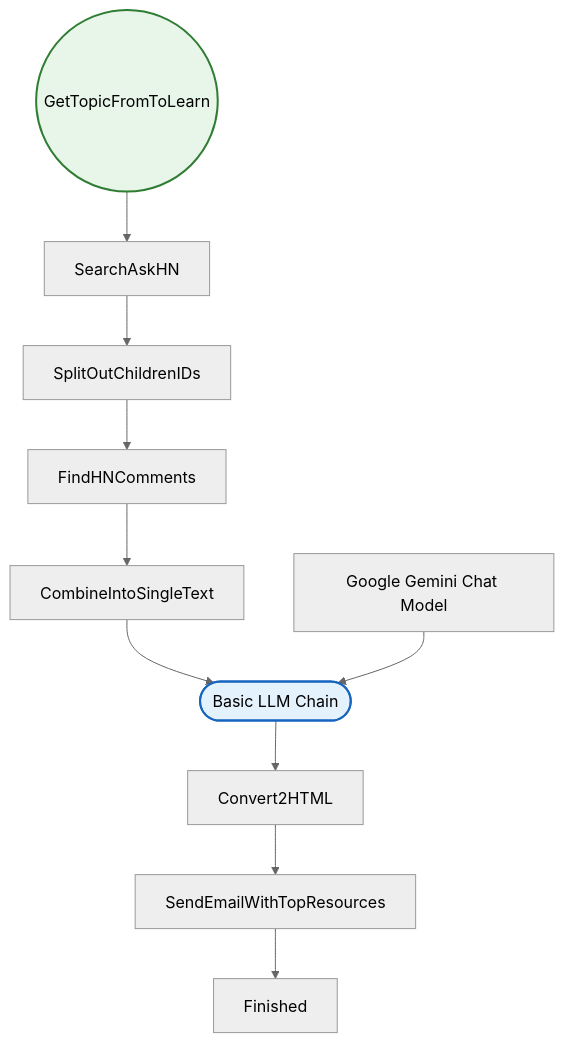
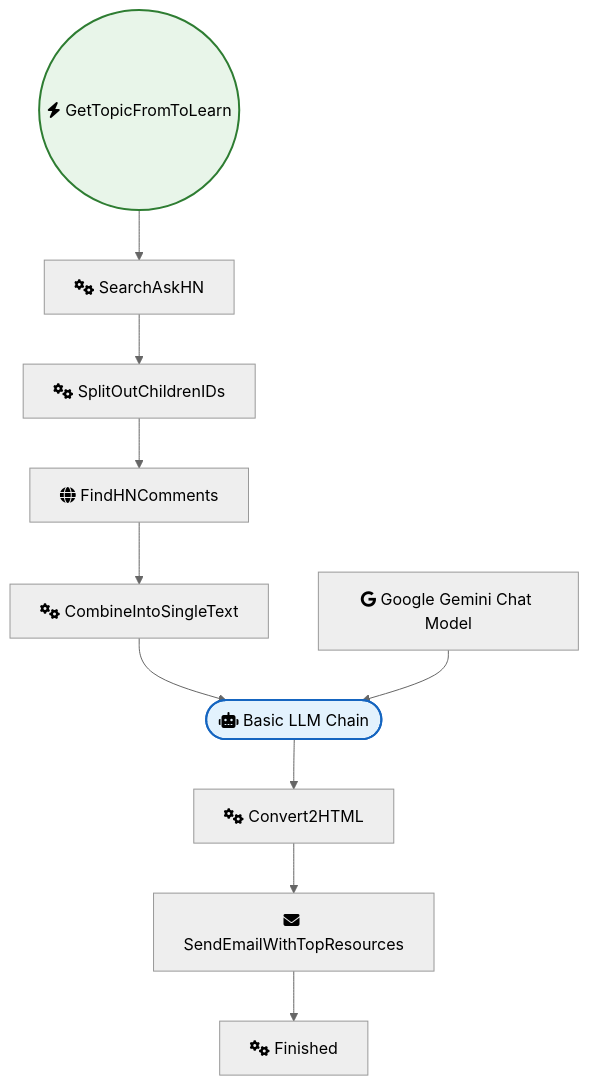
Before and after one commit to sreyash3105/N8N-DEMO-AUTOMATIONS: the diagram in AI_Research_RAG_and_Data_Analysis/Learn Anything from HN - Get Top Resource Recommendations from Hacker News.md, drawn with Mermaid (neutral theme). The commit also changed 291 other files, not shown here.

````diff
--- a/AI_Research_RAG_and_Data_Analysis/Learn Anything from HN - Get Top Resource Recommendations from Hacker News.md
+++ b/AI_Research_RAG_and_Data_Analysis/Learn Anything from HN - Get Top Resource Recommendations from Hacker News.md
@@ -1,27 +1,27 @@
 ```mermaid
 graph TD
     classDef trigger fill:#e8f5e9,stroke:#2e7d32,stroke-width:2px;
     classDef ai fill:#e3f2fd,stroke:#1565c0,stroke-width:2px;
     classDef logic fill:#fff3e0,stroke:#ef6c00,stroke-width:2px;
 
-    Google_Gemini_Chat_Model["Google Gemini Chat Model"]
-    Basic_LLM_Chain(["Basic LLM Chain"]):::ai
-    SearchAskHN["SearchAskHN"]
-    FindHNComments["FindHNComments"]
-    CombineIntoSingleText["CombineIntoSingleText"]
-    SplitOutChildrenIDs["SplitOutChildrenIDs"]
-    GetTopicFromToLearn(("GetTopicFromToLearn")):::trigger
-    SendEmailWithTopResources["SendEmailWithTopResources"]
-    Convert2HTML["Convert2HTML"]
-    Finished["Finished"]
+    Google_Gemini_Chat_Model["fab:fa-google Google Gemini Chat Model"]
+    Basic_LLM_Chain(["fas:fa-robot Basic LLM Chain"]):::ai
+    SearchAskHN["fas:fa-cogs SearchAskHN"]
+    FindHNComments["fas:fa-globe FindHNComments"]
+    CombineIntoSingleText["fas:fa-cogs CombineIntoSingleText"]
+    SplitOutChildrenIDs["fas:fa-cogs SplitOutChildrenIDs"]
+    GetTopicFromToLearn(("fas:fa-bolt GetTopicFromToLearn")):::trigger
+    SendEmailWithTopResources["fas:fa-envelope SendEmailWithTopResources"]
+    Convert2HTML["fas:fa-cogs Convert2HTML"]
+    Finished["fas:fa-cogs Finished"]
 
     SearchAskHN --> SplitOutChildrenIDs
     Convert2HTML --> SendEmailWithTopResources
     FindHNComments --> CombineIntoSingleText
     Basic_LLM_Chain --> Convert2HTML
     GetTopicFromToLearn --> SearchAskHN
     SplitOutChildrenIDs --> FindHNComments
     CombineIntoSingleText --> Basic_LLM_Chain
     Google_Gemini_Chat_Model --> Basic_LLM_Chain
     SendEmailWithTopResources --> Finished
 ```
````
